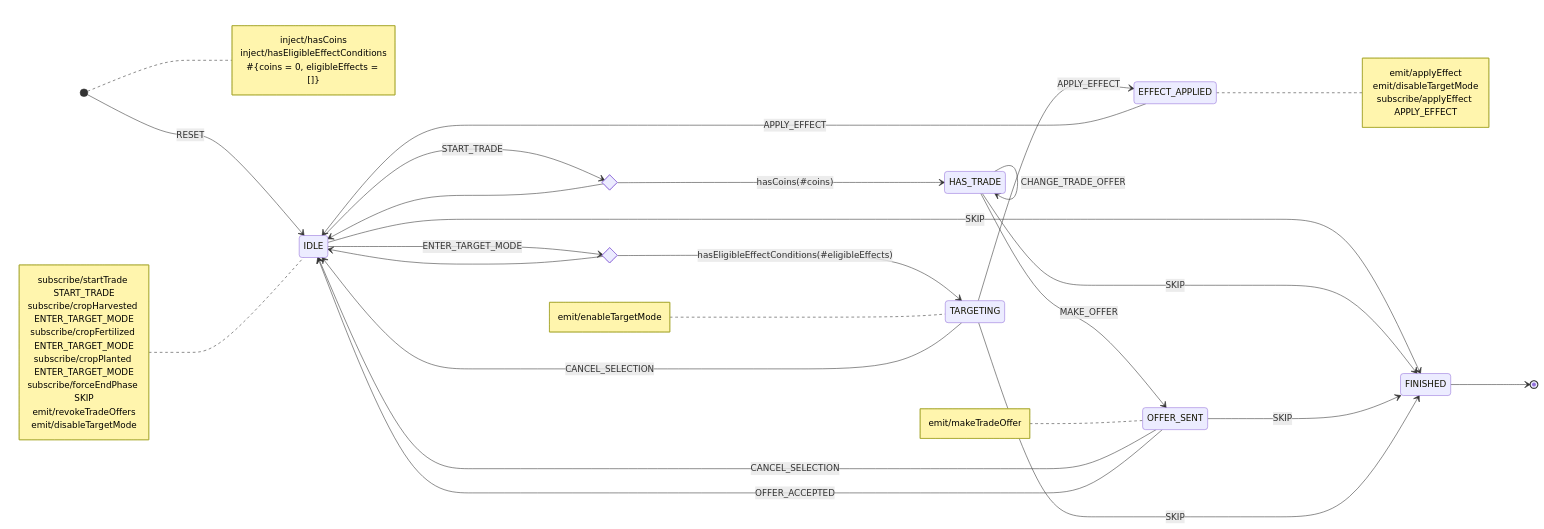
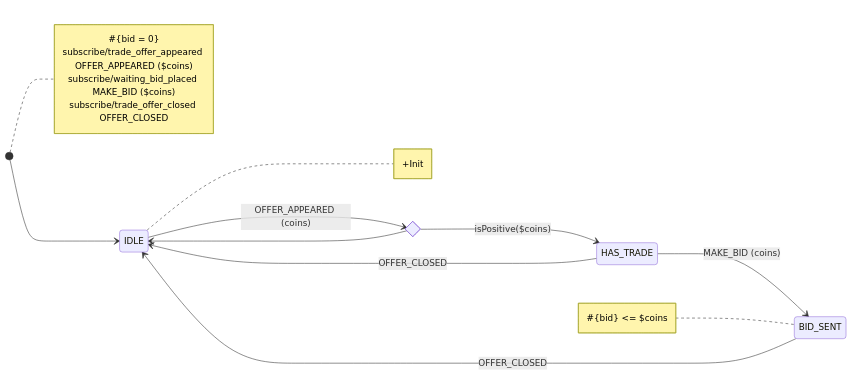
The diagram in src/shared/lib/fsm/diagrams/waiting.mermaid (tfcp68/battle-farm), drawn with Mermaid before and after one commit. The commit also changed 9 other files, not shown here.

```diff
--- a/src/shared/lib/fsm/diagrams/waiting.mermaid
+++ b/src/shared/lib/fsm/diagrams/waiting.mermaid
@@ -1,48 +1,25 @@
 stateDiagram-v2
     direction LR
-    [*] --> IDLE: RESET
-    note right of [*]
-        inject/hasCoins
-        inject/hasEligibleEffectConditions
-        #{coins = 0, eligibleEffects = []}
-    end note
-    IDLE --> FINISHED: SKIP
-    note left of IDLE
-        subscribe/startTrade START_TRADE
-        subscribe/cropHarvested ENTER_TARGET_MODE
-        subscribe/cropFertilized ENTER_TARGET_MODE
-        subscribe/cropPlanted ENTER_TARGET_MODE
-        subscribe/forceEndPhase SKIP
-        emit/revokeTradeOffers
-        emit/disableTargetMode
-    end note
+    [*] --> IDLE
     state hasMoney <<choice>>
-    IDLE --> hasMoney: START_TRADE
-    hasMoney --> HAS_TRADE: hasCoins(#coins)
+    IDLE --> hasMoney: OFFER_APPEARED (coins)
+    hasMoney --> HAS_TRADE: isPositive($coins)
     hasMoney --> IDLE
-    HAS_TRADE --> FINISHED: SKIP
-    HAS_TRADE --> HAS_TRADE: CHANGE_TRADE_OFFER
-    HAS_TRADE --> OFFER_SENT: MAKE_OFFER
-    note left of OFFER_SENT
-        emit/makeTradeOffer
-    end note
-    OFFER_SENT --> IDLE: CANCEL_SELECTION
-    OFFER_SENT --> IDLE: OFFER_ACCEPTED
-    OFFER_SENT --> FINISHED: SKIP
-    state isAffected <<choice>>
-    IDLE --> isAffected: ENTER_TARGET_MODE
-    isAffected --> TARGETING: hasEligibleEffectConditions(#eligibleEffects)
-    isAffected --> IDLE
-    note left of TARGETING
-        emit/enableTargetMode
-    end note
-    TARGETING --> IDLE: CANCEL_SELECTION
-    TARGETING --> FINISHED: SKIP
-    TARGETING --> EFFECT_APPLIED: APPLY_EFFECT
-    note right of EFFECT_APPLIED
-        emit/applyEffect
-        emit/disableTargetMode
-        subscribe/applyEffect APPLY_EFFECT
-    end note
-    EFFECT_APPLIED --> IDLE: APPLY_EFFECT
-    FINISHED --> [*]
+    HAS_TRADE --> BID_SENT: MAKE_BID (coins)
+    HAS_TRADE --> IDLE: OFFER_CLOSED
+    BID_SENT --> IDLE: OFFER_CLOSED
+
+note right of IDLE
++Init
+end note
+
+note right of [*]
+#{bid = 0}
+subscribe/trade_offer_appeared OFFER_APPEARED ($coins)
+subscribe/waiting_bid_placed MAKE_BID ($coins)
+subscribe/trade_offer_closed OFFER_CLOSED
+end note
+
+note left of BID_SENT
+#{bid} <= $coins
+end note
```
